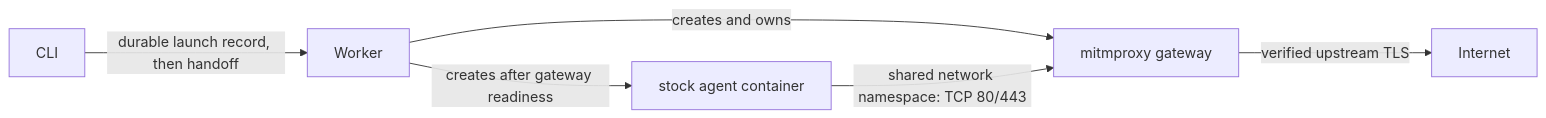
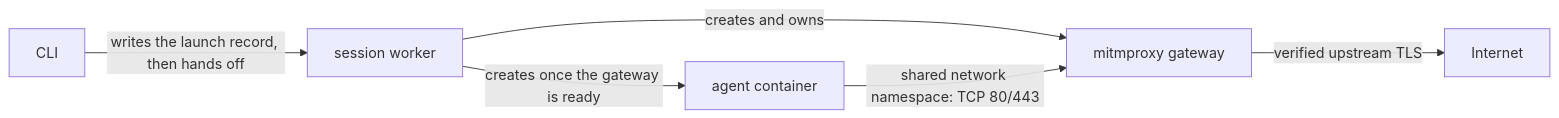
Before and after one commit to gauge-sh/gauge-cli: the diagram in docs/local-web-fixtures.md, drawn with Mermaid. The commit also changed other lines of this file and 12 other files, not shown here.

````diff
--- a/docs/local-web-fixtures.md
+++ b/docs/local-web-fixtures.md
@@ -108,8 +146,8 @@
 ```mermaid
 flowchart LR
-  CLI -->|durable launch record, then handoff| Worker
+  CLI -->|writes the launch record, then hands off| Worker[session worker]
   Worker -->|creates and owns| Gateway[mitmproxy gateway]
-  Worker -->|creates after gateway readiness| Agent[stock agent container]
+  Worker -->|creates once the gateway is ready| Agent[agent container]
   Agent -->|shared network namespace: TCP 80/443| Gateway
   Gateway -->|verified upstream TLS| Internet
 ```
````
